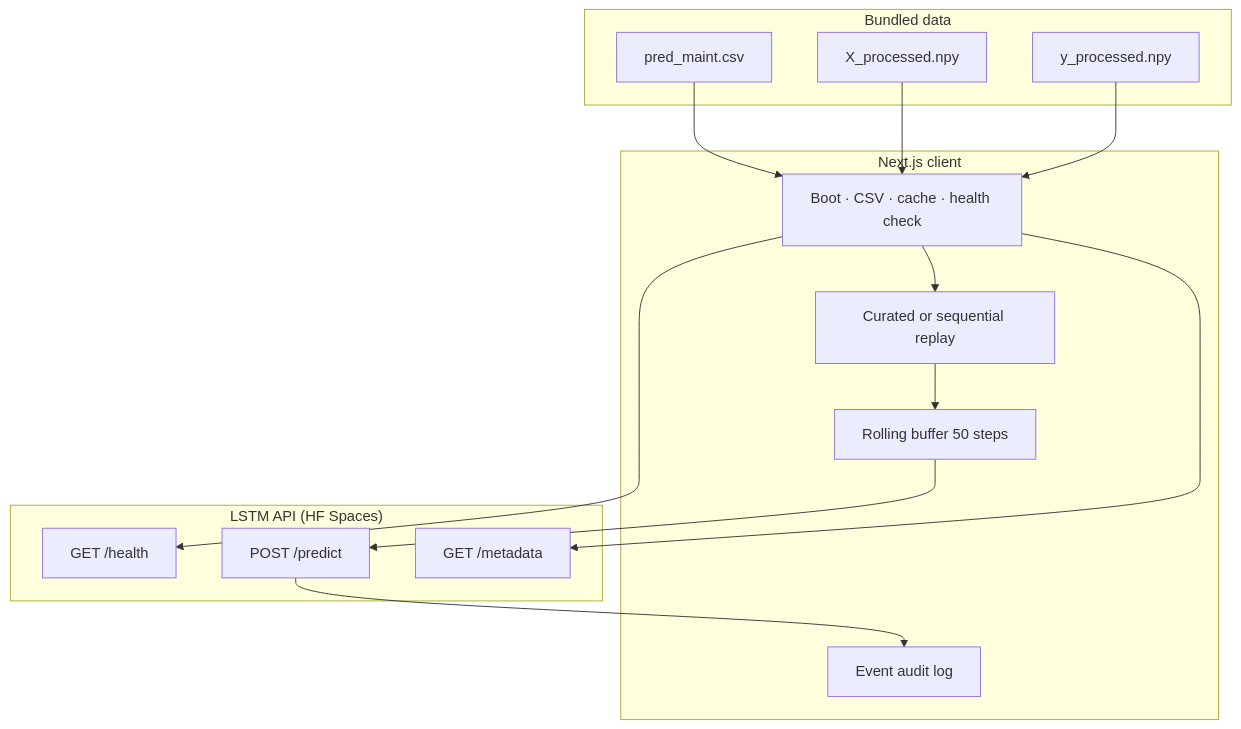
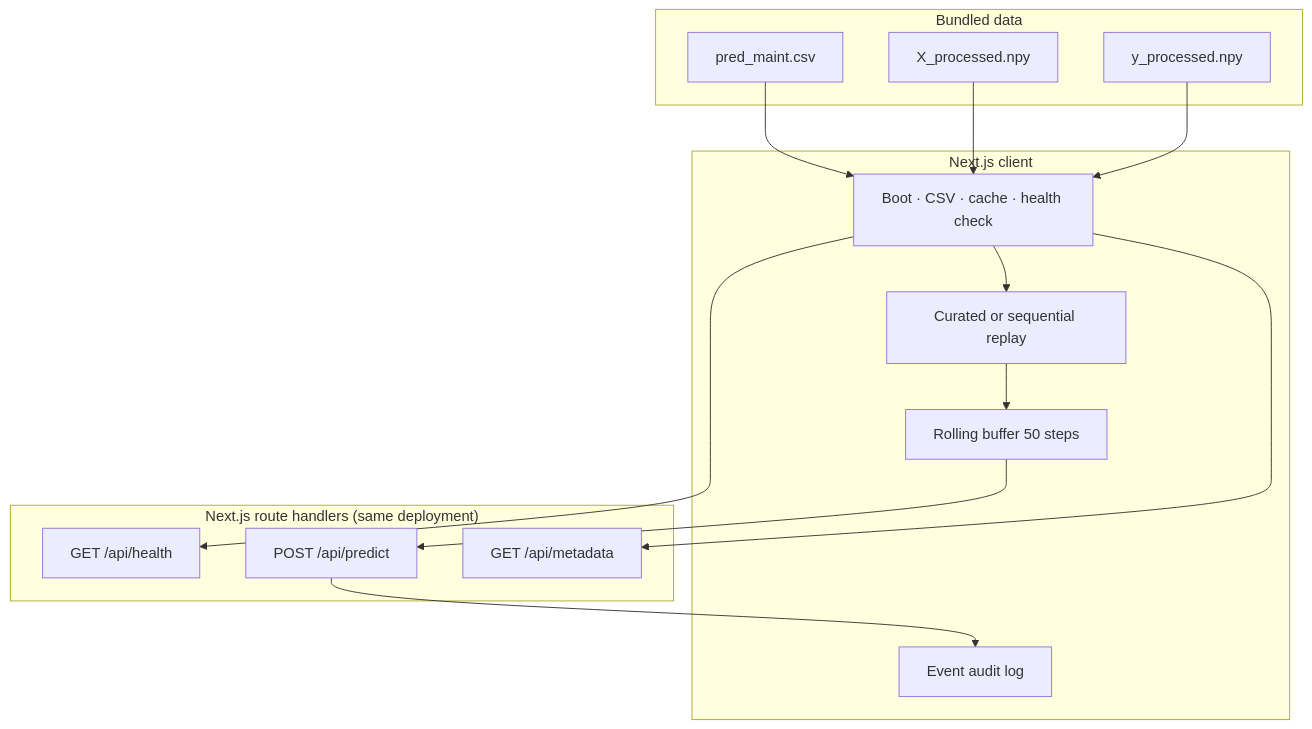
Before and after one commit to sidnei-almeida/lstm-predictive-maintenance-dashboard: the diagram in README.md, drawn with Mermaid. The commit also changed other lines of this file and 13 other files, not shown here.

````diff
--- a/README.md
+++ b/README.md
@@ -120,31 +119,31 @@
 ```mermaid
 flowchart TB
   subgraph Data["Bundled data"]
     CSV[pred_maint.csv]
     X[X_processed.npy]
     Y[y_processed.npy]
   end
 
   subgraph Client["Next.js client"]
     BOOT["Boot · CSV · cache · health check"]
     BUF["Rolling buffer 50 steps"]
     REPLAY["Curated or sequential replay"]
     EVT["Event audit log"]
   end
 
-  subgraph API["LSTM API (HF Spaces)"]
-    HEALTH["GET /health"]
-    PRED["POST /predict"]
-    META["GET /metadata"]
+  subgraph API["Next.js route handlers (same deployment)"]
+    HEALTH["GET /api/health"]
+    PRED["POST /api/predict"]
+    META["GET /api/metadata"]
   end
 
   CSV --> BOOT
   X --> BOOT
   Y --> BOOT
   BOOT --> REPLAY
   REPLAY --> BUF
   BUF --> PRED
   PRED --> EVT
   BOOT --> HEALTH
   BOOT --> META
 ```
````
